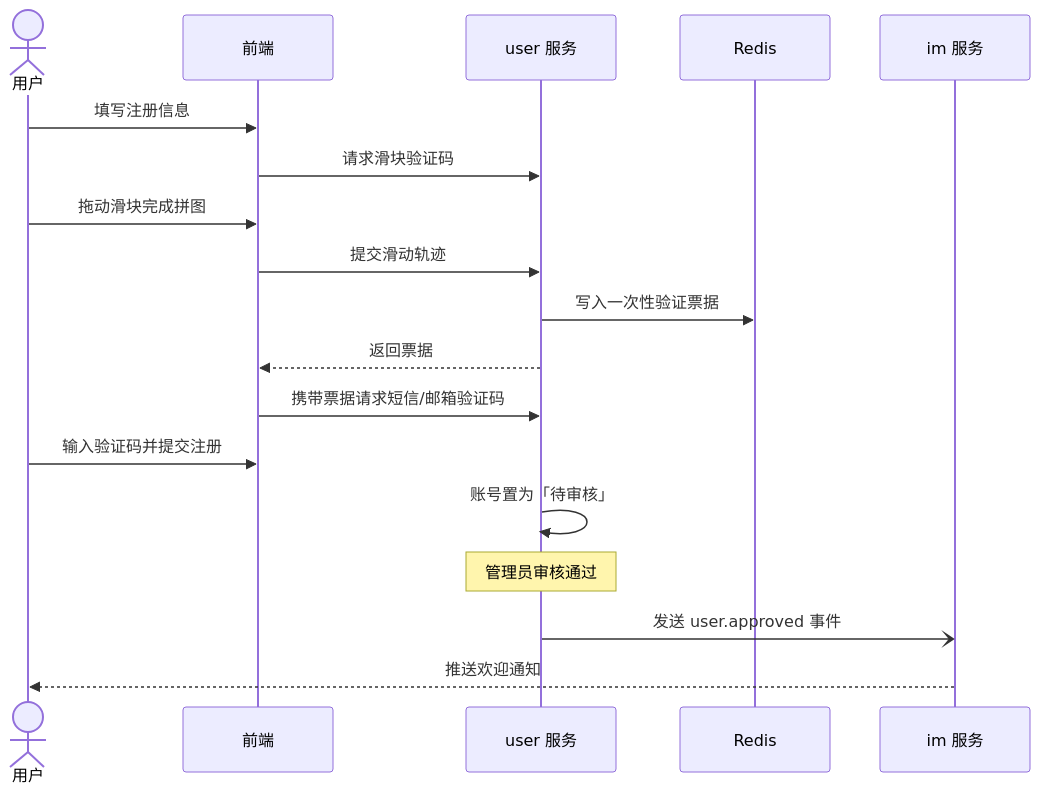
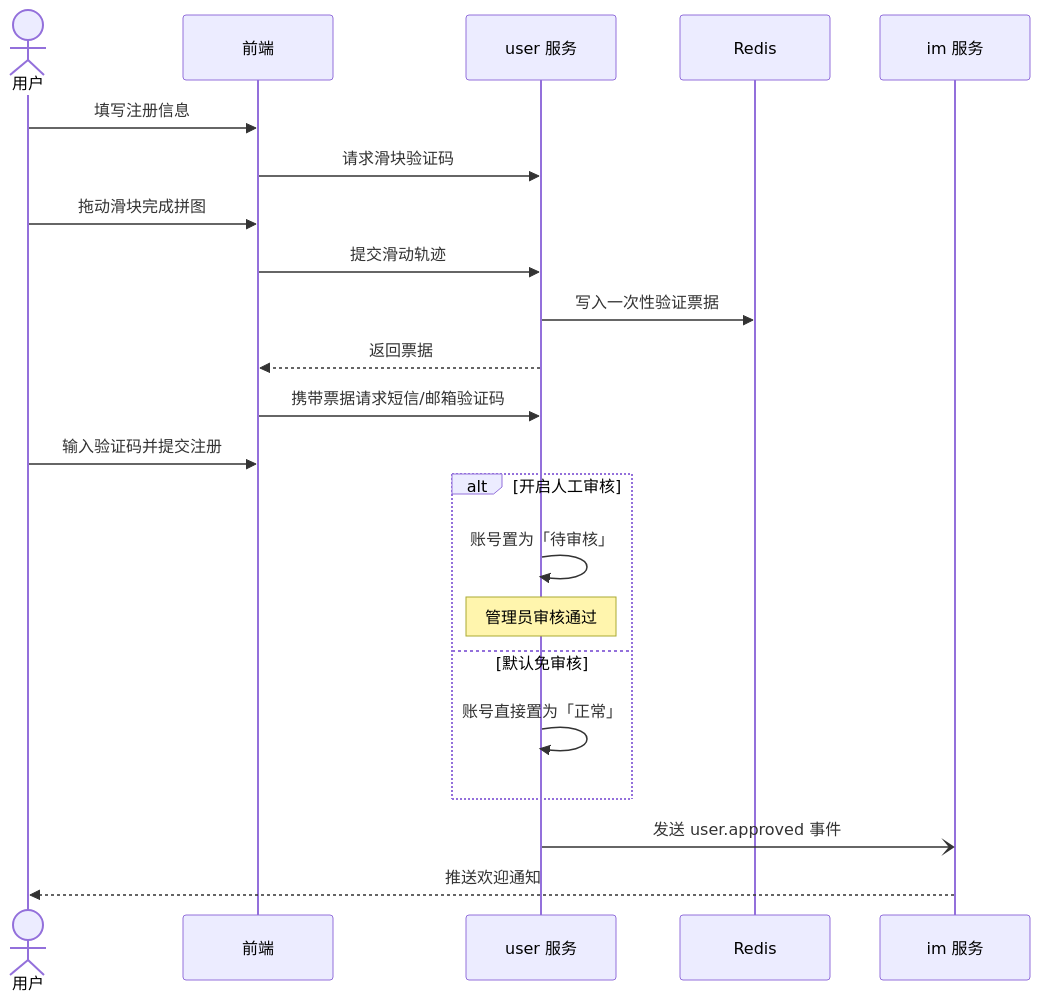
Before and after one commit to pluchon/meng_center: the sixth of 14 diagrams in README.md, drawn with Mermaid. The commit also changed other lines of this file and 23 other files, not shown here.

````diff
--- a/README.md
+++ b/README.md
@@ -155,21 +155,25 @@
 ```mermaid
 sequenceDiagram
     actor U as 用户
     participant W as 前端
     participant S as user 服务
     participant R as Redis
     participant I as im 服务
 
     U->>W: 填写注册信息
     W->>S: 请求滑块验证码
     U->>W: 拖动滑块完成拼图
     W->>S: 提交滑动轨迹
     S->>R: 写入一次性验证票据
     S-->>W: 返回票据
     W->>S: 携带票据请求短信/邮箱验证码
     U->>W: 输入验证码并提交注册
-    S->>S: 账号置为「待审核」
-    Note over S: 管理员审核通过
+    alt 开启人工审核
+        S->>S: 账号置为「待审核」
+        Note over S: 管理员审核通过
+    else 默认免审核
+        S->>S: 账号直接置为「正常」
+    end
     S-)I: 发送 user.approved 事件
     I-->>U: 推送欢迎通知
 ```
````
